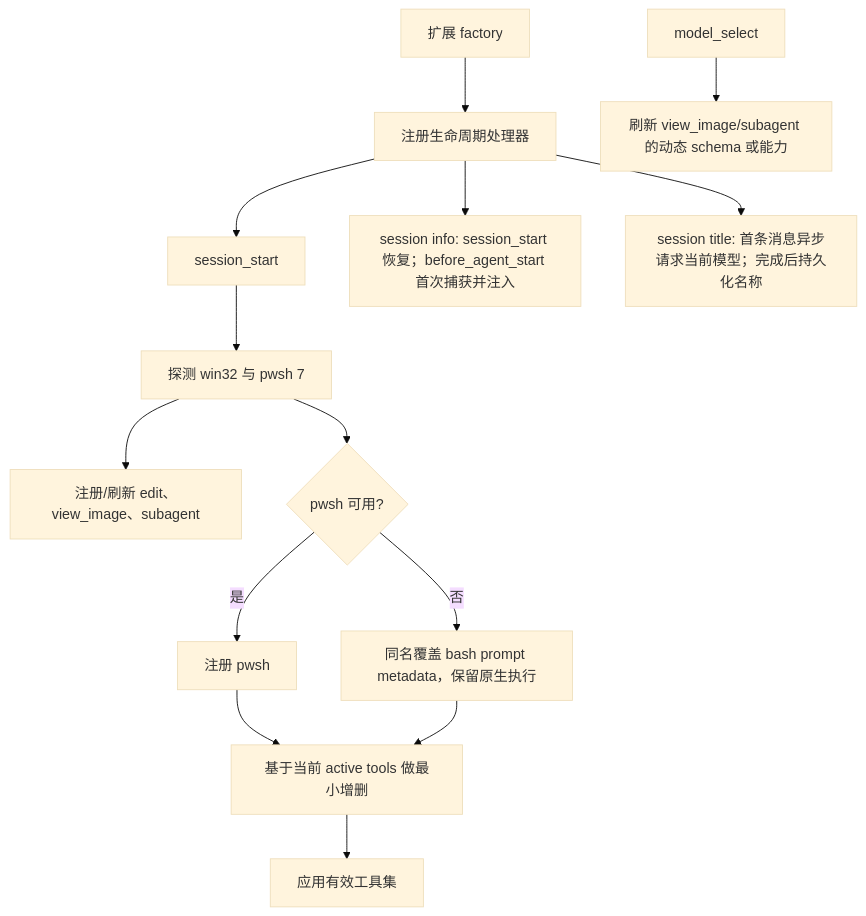
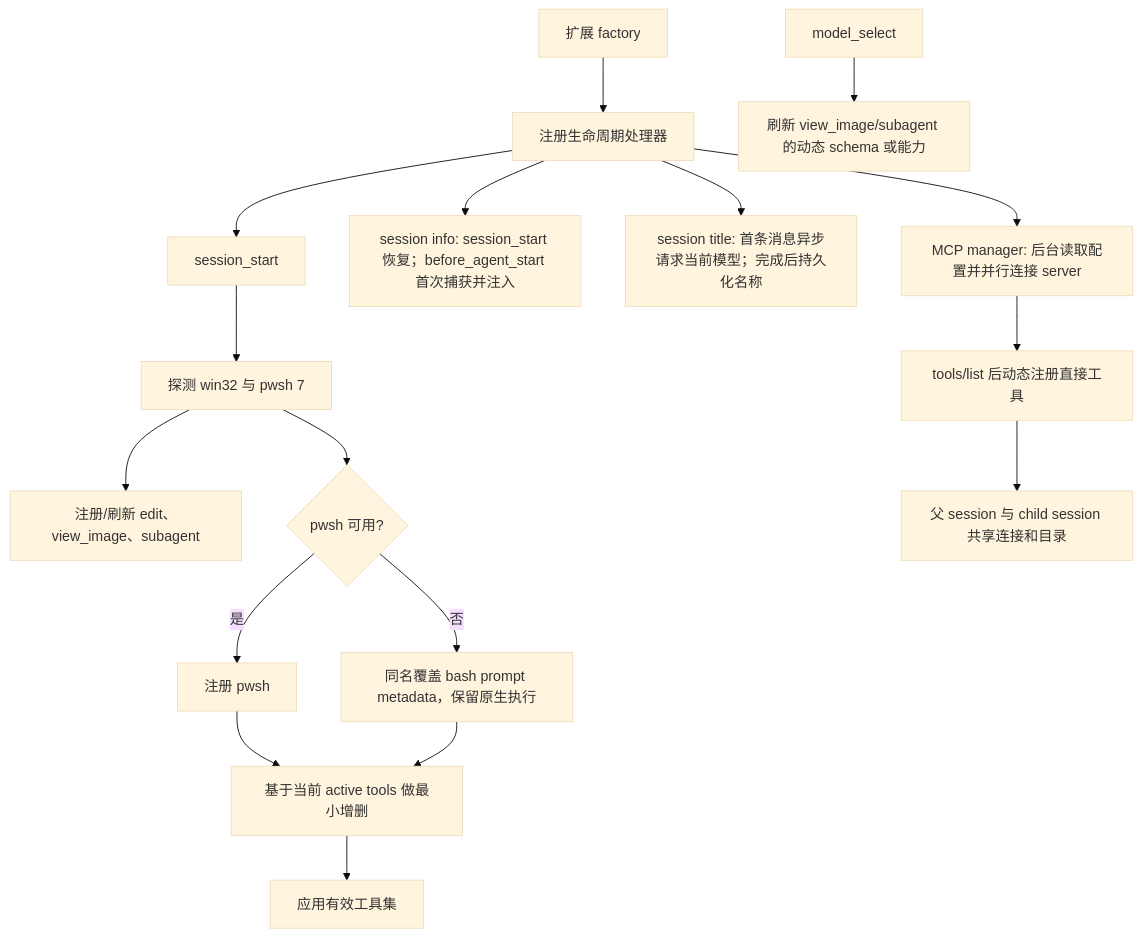
Before and after one commit to cha133/pi-enhanced: the diagram in docs/architecture.md, drawn with Mermaid (base theme). The commit also changed other lines of this file and 12 other files, not shown here.

````diff
--- a/docs/architecture.md
+++ b/docs/architecture.md
@@ -30,16 +30,19 @@
 ```mermaid
 flowchart TD
     A["扩展 factory"] --> B["注册生命周期处理器"]
     B --> C["session_start"]
     C --> D["探测 win32 与 pwsh 7"]
     D --> E["注册/刷新 edit、view_image、subagent"]
     D --> F{"pwsh 可用?"}
     F -->|是| G["注册 pwsh"]
     F -->|否| H["同名覆盖 bash prompt metadata，保留原生执行"]
     G --> I["基于当前 active tools 做最小增删"]
     H --> I
     I --> J["应用有效工具集"]
     K["model_select"] --> L["刷新 view_image/subagent 的动态 schema 或能力"]
     B --> M["session info: session_start 恢复；before_agent_start 首次捕获并注入"]
     B --> N["session title: 首条消息异步请求当前模型；完成后持久化名称"]
+    B --> O["MCP manager: 后台读取配置并并行连接 server"]
+    O --> P["tools/list 后动态注册直接工具"]
+    P --> Q["父 session 与 child session 共享连接和目录"]
 ```
````
